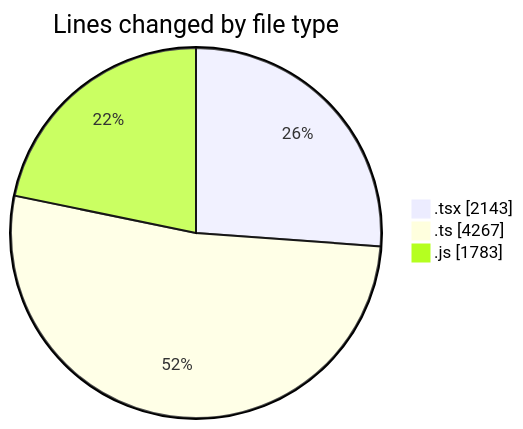
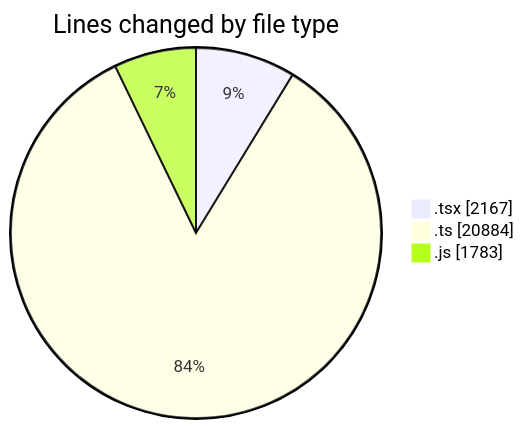
The first of 2 diagrams in 2026-07-31/cda/README.md (momahboobian/code-tracking), drawn with Mermaid before and after one commit. The commit also changed other lines of this file and 1 other file, not shown here.

````diff
--- a/2026-07-31/cda/README.md
+++ b/2026-07-31/cda/README.md
@@ -48,7 +51,7 @@
 ```mermaid
 pie showData
 title Lines changed by file type
-".tsx" : 2143
-".ts" : 4267
+".tsx" : 2167
+".ts" : 20884
 ".js" : 1783
 ```
````
